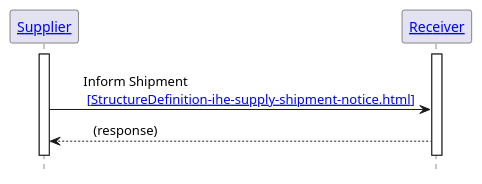
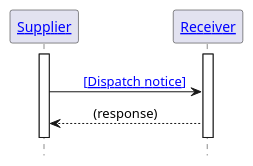
One commit to IHE/pharm-supply changed the diagram in input/images-source/pharm-s3.plantuml. Above: the diagram before and after it, drawn with PlantUML. The commit also changed 14 other files, not shown here.

```diff
--- a/input/images-source/pharm-s3.plantuml
+++ b/input/images-source/pharm-s3.plantuml
@@ -1,22 +1,22 @@
 @startuml
 
 hide footbox
 
 '!include ./style.iuml
 
 
 Participant "[[actors_and_transactions.html#supplier Supplier]]" as S
 Participant "[[actors_and_transactions.html#receiver Receiver]]" as R
 
 activate S
 activate R
 
 S -[hidden]> R
-S -> R: \tInform Shipment \n\t [[PHARM-S3.html{Shipment Notice} ~[StructureDefinition-ihe-supply-shipment-notice.html~]]]
+S -> R: \t[[StructureDefinition-DispatchNotice.html{Dispatch Notice} ~[Dispatch notice~]]]
 S <-- R: \t(response)\t
 S -[hidden]> R
 
 deactivate S
 deactivate R
 
 @enduml
```
